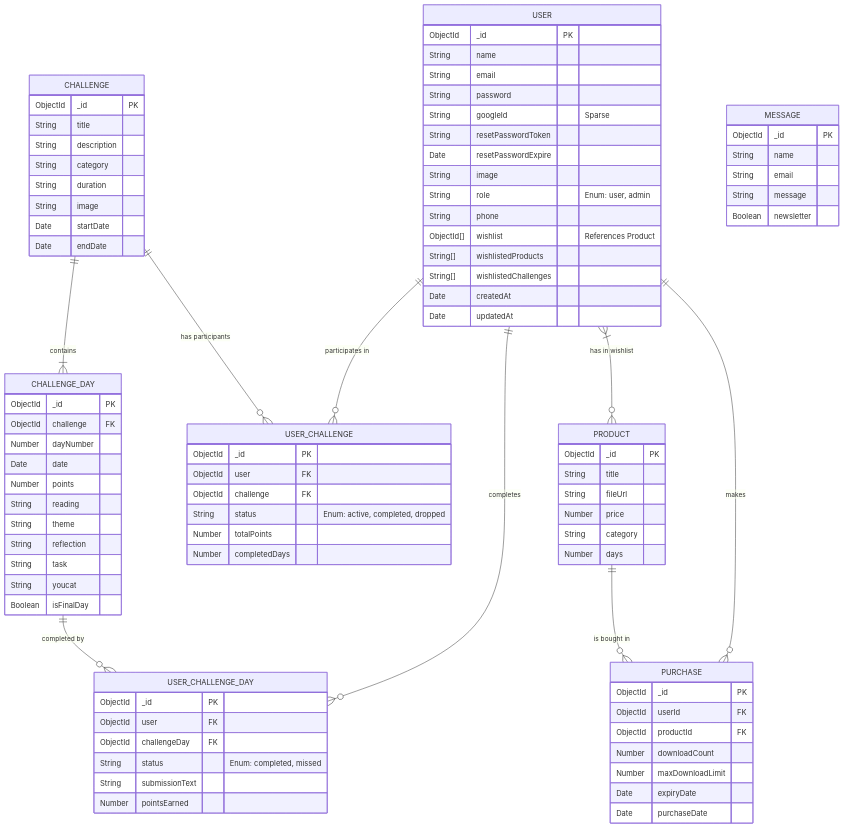
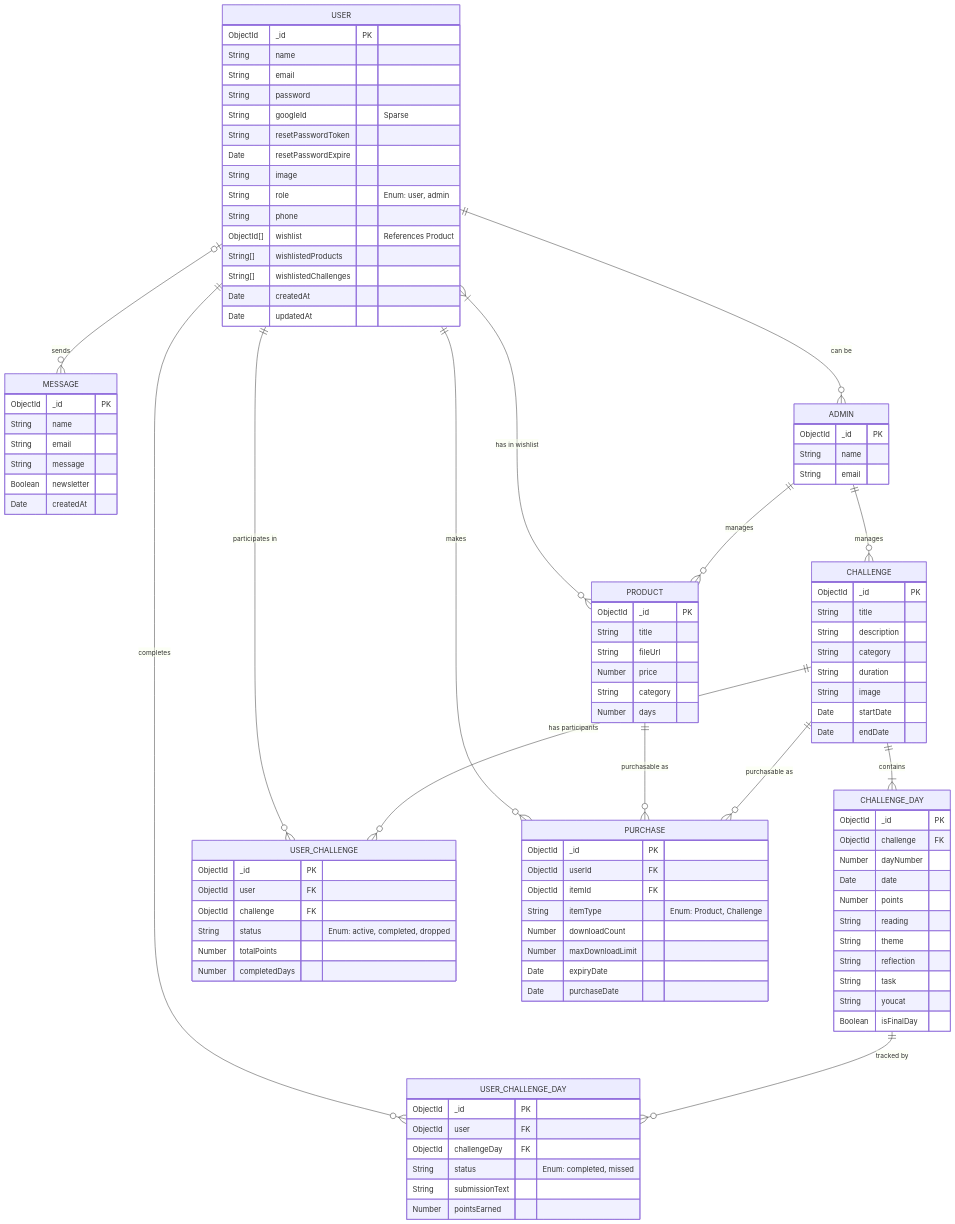
One commit to Miss-Christi/Rubrik-Reset changed the diagram in backend/database_er_diagram.mmd. Above: the diagram before and after it, drawn with Mermaid. The commit also changed 32 other files, not shown here.

```diff
--- a/backend/database_er_diagram.mmd
+++ b/backend/database_er_diagram.mmd
@@ -1,99 +1,112 @@
 erDiagram
     %% Entities
     USER {
         ObjectId _id PK
         String name
         String email
         String password
         String googleId "Sparse"
         String resetPasswordToken
         Date resetPasswordExpire
         String image
         String role "Enum: user, admin"
         String phone
         ObjectId[] wishlist "References Product"
         String[] wishlistedProducts
         String[] wishlistedChallenges
         Date createdAt
         Date updatedAt
     }
 
     CHALLENGE {
         ObjectId _id PK
         String title
         String description
         String category
         String duration
         String image
         Date startDate
         Date endDate
     }
 
     CHALLENGE_DAY {
         ObjectId _id PK
         ObjectId challenge FK
         Number dayNumber
         Date date
         Number points
         String reading
         String theme
         String reflection
         String task
         String youcat
         Boolean isFinalDay
     }
 
     USER_CHALLENGE {
         ObjectId _id PK
         ObjectId user FK
         ObjectId challenge FK
         String status "Enum: active, completed, dropped"
         Number totalPoints
         Number completedDays
     }
 
     USER_CHALLENGE_DAY {
         ObjectId _id PK
         ObjectId user FK
         ObjectId challengeDay FK
         String status "Enum: completed, missed"
         String submissionText
         Number pointsEarned
     }
 
     PRODUCT {
         ObjectId _id PK
         String title
         String fileUrl
         Number price
         String category
         Number days
     }
 
     PURCHASE {
         ObjectId _id PK
         ObjectId userId FK
-        ObjectId productId FK
+        ObjectId itemId FK
+        String itemType "Enum: Product, Challenge"
         Number downloadCount
         Number maxDownloadLimit
         Date expiryDate
         Date purchaseDate
     }
 
     MESSAGE {
         ObjectId _id PK
         String name
         String email
         String message
         Boolean newsletter
+        Date createdAt
+    }
+
+    ADMIN {
+        ObjectId _id PK
+        String name
+        String email
     }
 
     %% Relationships
     USER ||--o{ USER_CHALLENGE : "participates in"
     CHALLENGE ||--o{ USER_CHALLENGE : "has participants"
     CHALLENGE ||--|{ CHALLENGE_DAY : "contains"
     USER ||--o{ USER_CHALLENGE_DAY : "completes"
-    CHALLENGE_DAY ||--o{ USER_CHALLENGE_DAY : "completed by"
+    CHALLENGE_DAY ||--o{ USER_CHALLENGE_DAY : "tracked by"
     USER ||--o{ PURCHASE : "makes"
-    PRODUCT ||--o{ PURCHASE : "is bought in"
+    PRODUCT ||--o{ PURCHASE : "purchasable as"
+    CHALLENGE ||--o{ PURCHASE : "purchasable as"
     USER }|--o{ PRODUCT : "has in wishlist"
+    USER |o--o{ MESSAGE : "sends"
+    ADMIN ||--o{ CHALLENGE : "manages"
+    ADMIN ||--o{ PRODUCT : "manages"
+    USER ||--o{ ADMIN : "can be"
```
